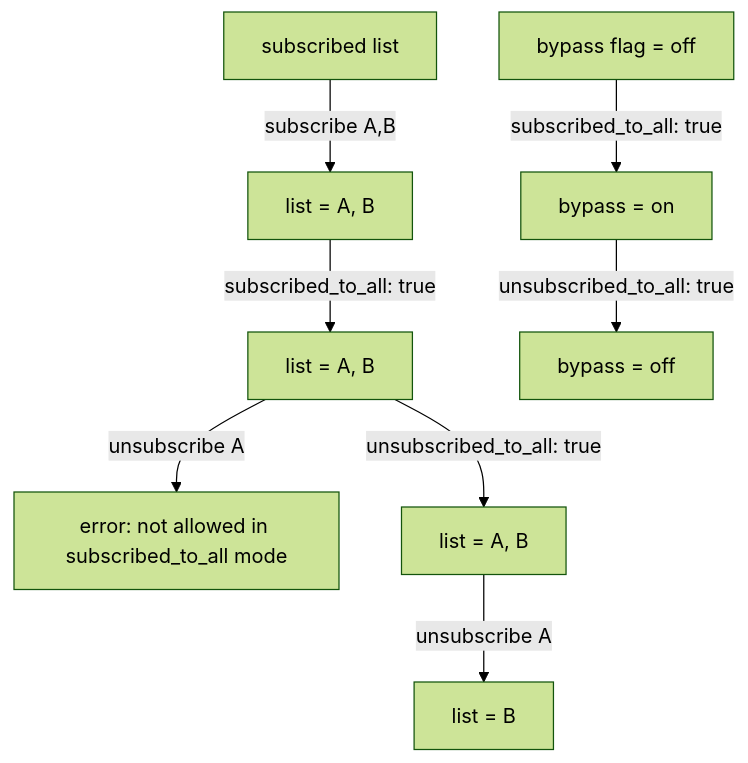
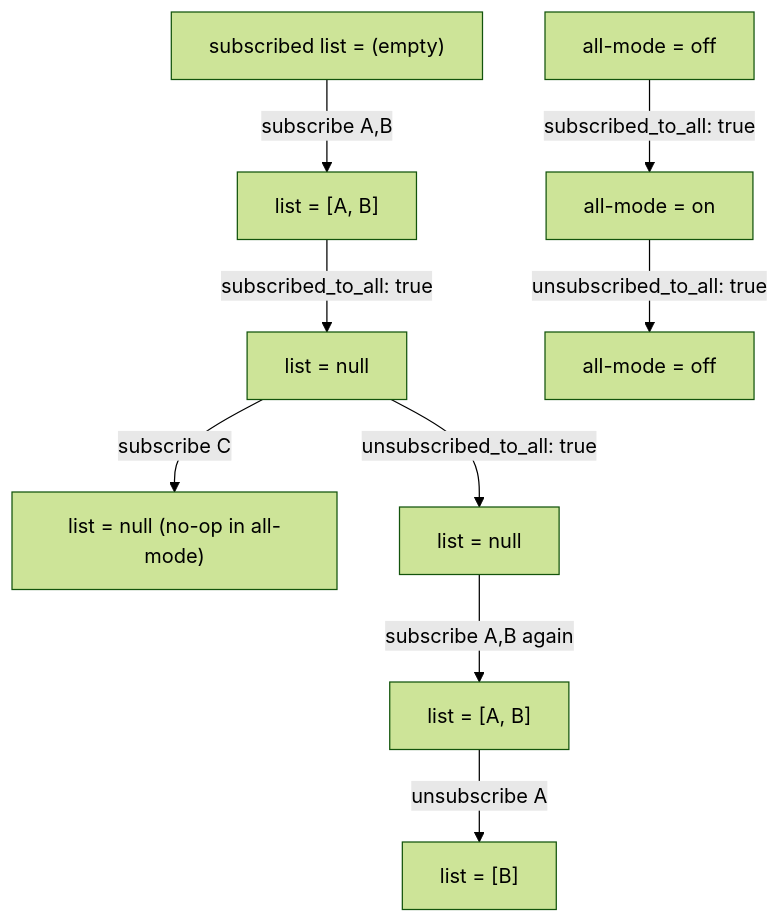
The second of 2 diagrams in multiplex-websocket/README.md (dora-network/dora-api-docs), drawn with Mermaid (forest theme) before and after one commit. The commit also changed other lines of this file and 2 other files, not shown here.

````diff
--- a/multiplex-websocket/README.md
+++ b/multiplex-websocket/README.md
@@ -175,11 +175,12 @@
 ```mermaid
 flowchart TD
-    L["subscribed list"] -->|subscribe A,B| L1["list = A, B"]
-    L1 -->|subscribed_to_all: true| L2["list = A, B"]
-    L2 -->|unsubscribe A| L3["error: not allowed in subscribed_to_all mode"]
-    L2 -->|unsubscribed_to_all: true| L4["list = A, B"]
-    L4 -->|unsubscribe A| L5["list = B"]
+    L["subscribed list = (empty)"] -->|subscribe A,B| L1["list = [A, B]"]
+    L1 -->|subscribed_to_all: true| L2["list = null"]
+    L2 -->|subscribe C| L3["list = null (no-op in all-mode)"]
+    L2 -->|unsubscribed_to_all: true| L4["list = null"]
+    L4 -->|subscribe A,B again| L5["list = [A, B]"]
+    L5 -->|unsubscribe A| L6["list = [B]"]
 
-    B["bypass flag = off"] -->|subscribed_to_all: true| B1["bypass = on"]
-    B1 -->|unsubscribed_to_all: true| B2["bypass = off"]
+    B["all-mode = off"] -->|subscribed_to_all: true| B1["all-mode = on"]
+    B1 -->|unsubscribed_to_all: true| B2["all-mode = off"]
 ```
````
